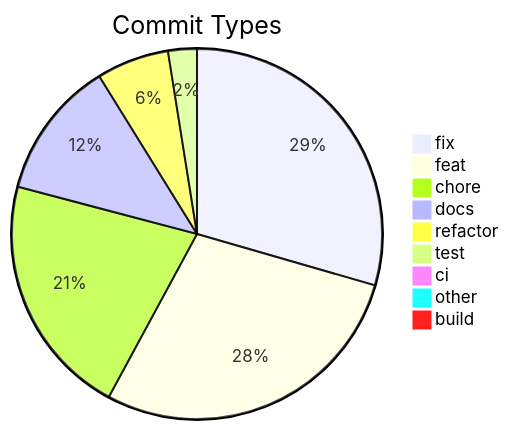
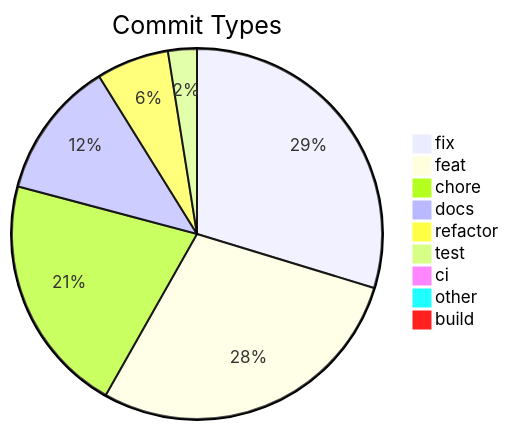
Before and after one commit to svenroth-ai/shipwright: the diagram in .shipwright/compliance/change-history.md, drawn with Mermaid. The commit also changed other lines of this file and 40 other files, not shown here.

````diff
--- a/.shipwright/compliance/change-history.md
+++ b/.shipwright/compliance/change-history.md
@@ -10,12 +10,12 @@
 ```mermaid
 pie title Commit Types
-    "fix" : 364
+    "fix" : 366
     "feat" : 351
-    "chore" : 262
-    "docs" : 149
+    "chore" : 258
+    "docs" : 148
     "refactor" : 78
     "test" : 31
     "ci" : 11
     "other" : 9
     "build" : 1
 ```
````
